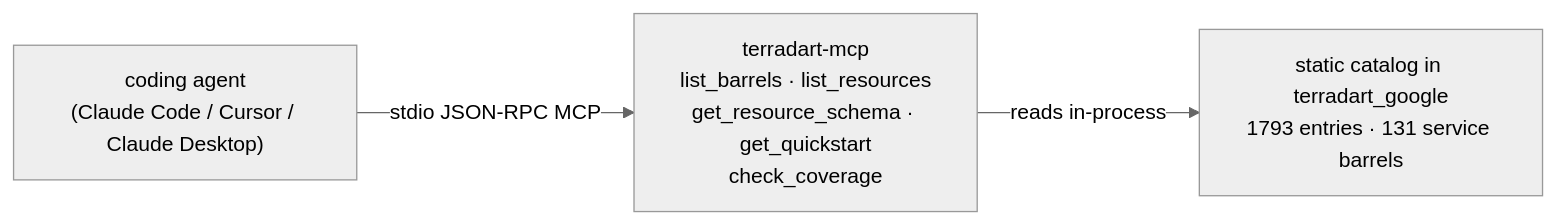
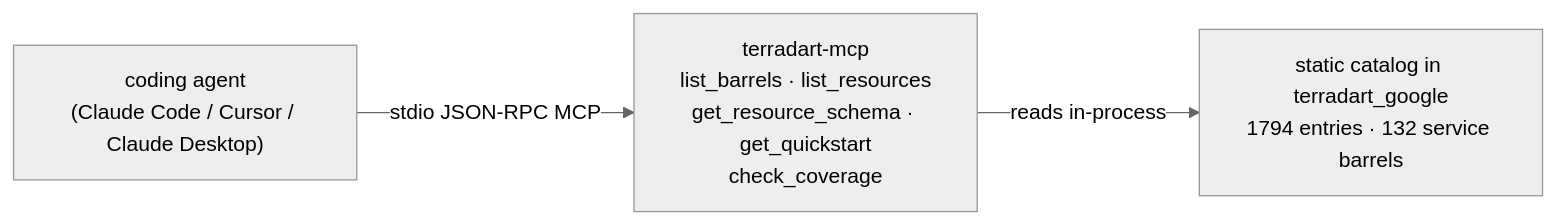
One commit to nozomi-koborinai/terradart changed the diagram in website/src/content/docs/docs/agent/index.md. Above: the diagram before and after it, drawn with Mermaid (neutral theme). The commit also changed other lines of this file and 28 other files, not shown here.

````diff
--- a/website/src/content/docs/docs/agent/index.md
+++ b/website/src/content/docs/docs/agent/index.md
@@ -12,8 +12,8 @@
 ```mermaid
 graph LR
   agent["coding agent<br/>(Claude Code / Cursor / Claude Desktop)"]
   mcp["terradart-mcp<br/>list_barrels · list_resources<br/>get_resource_schema · get_quickstart<br/>check_coverage"]
-  catalog["static catalog in terradart_google<br/>1793 entries · 131 service barrels"]
+  catalog["static catalog in terradart_google<br/>1794 entries · 132 service barrels"]
   agent -->|stdio JSON-RPC MCP| mcp
   mcp -->|reads in-process| catalog
 ```
````
